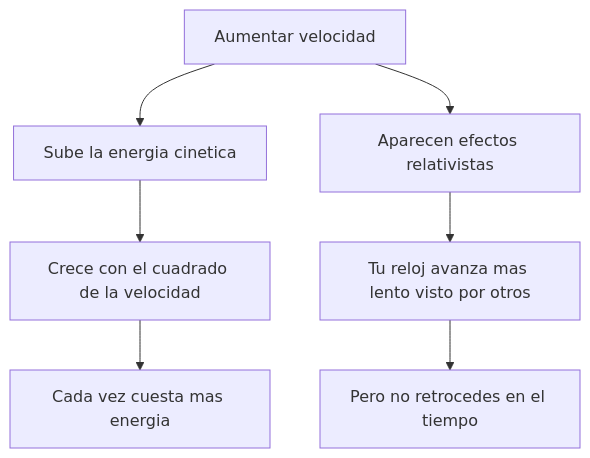
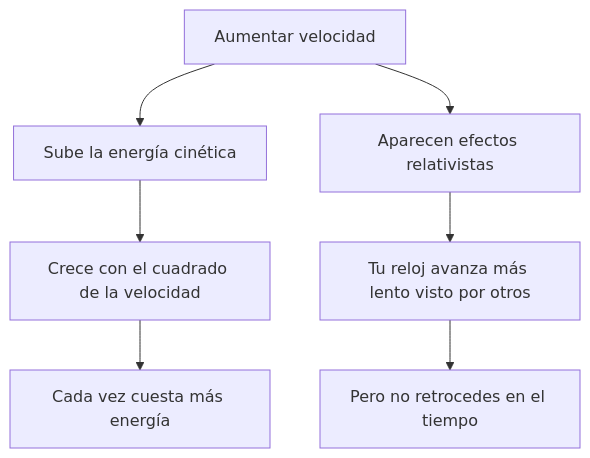
One commit to vladimiracunadev-create/machine-operator-program changed the second of 3 diagrams in vehiculos-fantasticos/delorean/operacion/sistemas-mecanicos-delorean.md. Above: the diagram before and after it, drawn with Mermaid. The commit also changed other lines of this file and 442 other files, not shown here.

````diff
--- a/vehiculos-fantasticos/delorean/operacion/sistemas-mecanicos-delorean.md
+++ b/vehiculos-fantasticos/delorean/operacion/sistemas-mecanicos-delorean.md
@@ -62,9 +62,9 @@
 ```mermaid
 flowchart TD
-    Vel[Aumentar velocidad] --> Cin[Sube la energia cinetica]
+    Vel[Aumentar velocidad] --> Cin[Sube la energía cinética]
     Cin --> Cuadrado[Crece con el cuadrado de la velocidad]
-    Cuadrado --> Costo[Cada vez cuesta mas energia]
+    Cuadrado --> Costo[Cada vez cuesta más energía]
     Vel --> Rel[Aparecen efectos relativistas]
-    Rel --> Reloj[Tu reloj avanza mas lento visto por otros]
+    Rel --> Reloj[Tu reloj avanza más lento visto por otros]
     Reloj --> NoPasado[Pero no retrocedes en el tiempo]
 ```
````
